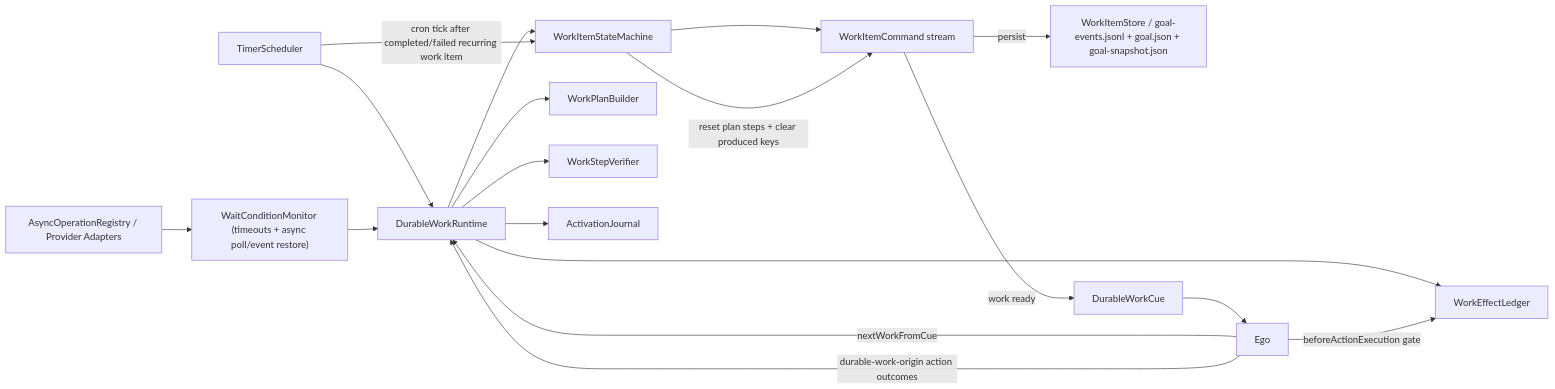
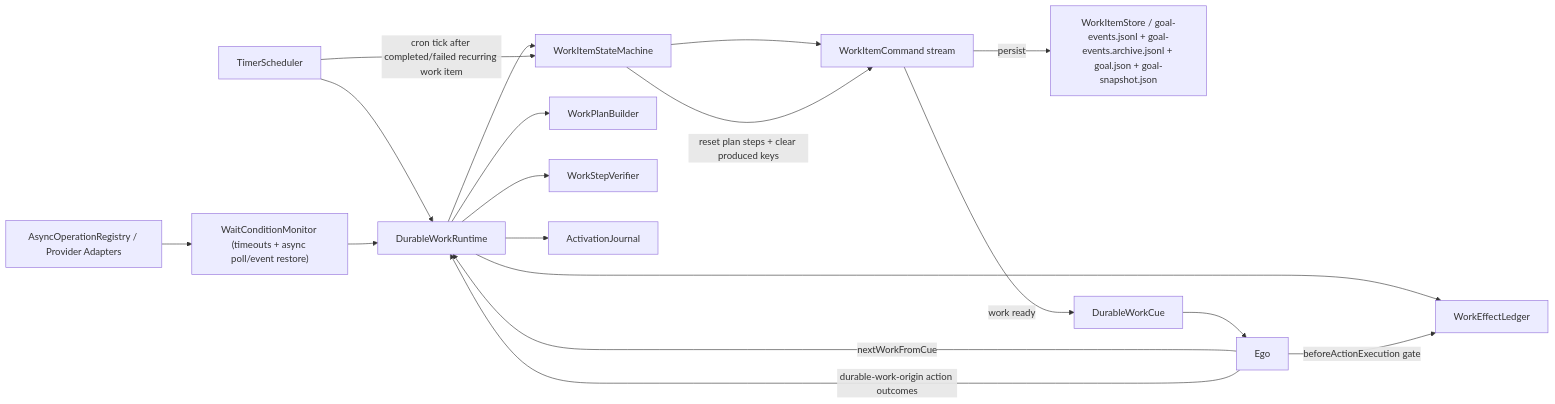
The sixth of 9 diagrams in AGENT_LOGIC_DIAGRAM.md (neopsyke/NeoPsyke), drawn with Mermaid before and after one commit. The commit also changed other lines of this file and 40 other files, not shown here.

Commit message:
feat(durable-work): complete phase 2 responsibility flow

````diff
--- a/AGENT_LOGIC_DIAGRAM.md
+++ b/AGENT_LOGIC_DIAGRAM.md
@@ -425,20 +431,20 @@
 ```mermaid
 flowchart LR
     TS["TimerScheduler"] --> PM["DurableWorkRuntime"]
     WM["WaitConditionMonitor (timeouts + async poll/event restore)"] --> PM
     AOR["AsyncOperationRegistry / Provider Adapters"] --> WM
     PM --> PSM["WorkItemStateMachine"]
     PM --> PP["WorkPlanBuilder"]
     PM --> PV["WorkStepVerifier"]
     PM --> AJ["ActivationJournal"]
     PM --> EL["WorkEffectLedger"]
     PSM --> PCS["WorkItemCommand stream"]
-    PCS -->|persist| Store["WorkItemStore / goal-events.jsonl + goal.json + goal-snapshot.json"]
+    PCS -->|persist| Store["WorkItemStore / goal-events.jsonl + goal-events.archive.jsonl + goal.json + goal-snapshot.json"]
     PCS -->|work ready| Sig["DurableWorkCue"]
     TS -->|"cron tick after completed/failed recurring work item"| PSM
     PSM -->|"reset plan steps + clear produced keys"| PCS
     Sig --> Ego["Ego"]
     Ego -->|nextWorkFromCue| PM
     Ego -->|durable-work-origin action outcomes| PM
     Ego -->|beforeActionExecution gate| EL
 ```
````
